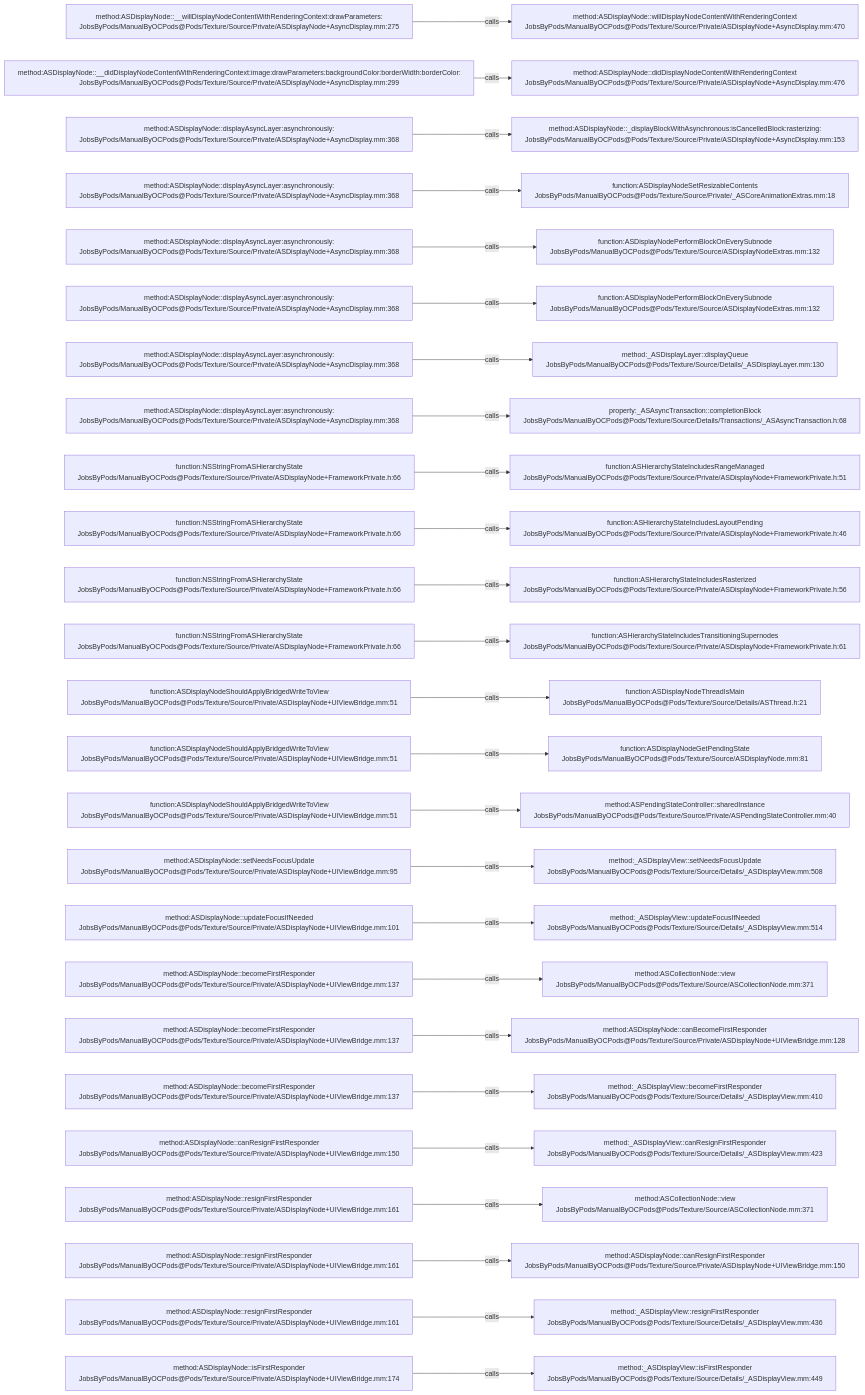
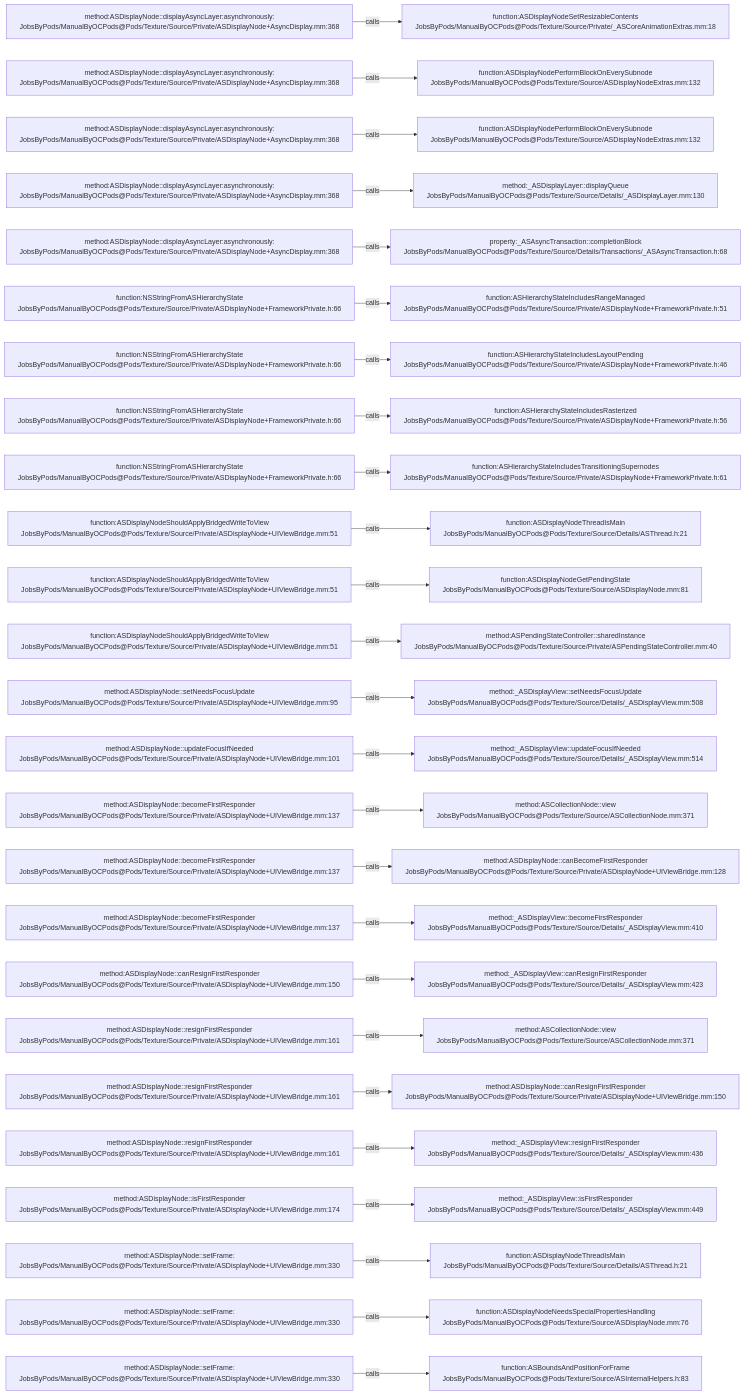
Before and after one commit to JobsKits/JobsOCBaseConfigDemo: the diagram in .codegraph/codegraph.md/graphs/calls-189.md, drawn with Mermaid. The commit also changed 342 other files, not shown here.

````diff
--- a/.codegraph/codegraph.md/graphs/calls-189.md
+++ b/.codegraph/codegraph.md/graphs/calls-189.md
@@ -13,78 +13,78 @@
 ```mermaid
 flowchart LR
-  S1["method:ASDisplayNode::__willDisplayNodeContentWithRenderingContext:drawParameters:<br/>JobsByPods/ManualByOCPods@Pods/Texture/Source/Private/ASDisplayNode+AsyncDisplay.mm:275"]
-  T1["method:ASDisplayNode::willDisplayNodeContentWithRenderingContext<br/>JobsByPods/ManualByOCPods@Pods/Texture/Source/Private/ASDisplayNode+AsyncDisplay.mm:470"]
+  S1["method:ASDisplayNode::displayAsyncLayer:asynchronously:<br/>JobsByPods/ManualByOCPods@Pods/Texture/Source/Private/ASDisplayNode+AsyncDisplay.mm:368"]
+  T1["function:ASDisplayNodeSetResizableContents<br/>JobsByPods/ManualByOCPods@Pods/Texture/Source/Private/_ASCoreAnimationExtras.mm:18"]
   S1 -->|calls| T1
-  S2["method:ASDisplayNode::__didDisplayNodeContentWithRenderingContext:image:drawParameters:backgroundColor:borderWidth:borderColor:<br/>JobsByPods/ManualByOCPods@Pods/Texture/Source/Private/ASDisplayNode+AsyncDisplay.mm:299"]
-  T2["method:ASDisplayNode::didDisplayNodeContentWithRenderingContext<br/>JobsByPods/ManualByOCPods@Pods/Texture/Source/Private/ASDisplayNode+AsyncDisplay.mm:476"]
+  S2["method:ASDisplayNode::displayAsyncLayer:asynchronously:<br/>JobsByPods/ManualByOCPods@Pods/Texture/Source/Private/ASDisplayNode+AsyncDisplay.mm:368"]
+  T2["function:ASDisplayNodePerformBlockOnEverySubnode<br/>JobsByPods/ManualByOCPods@Pods/Texture/Source/ASDisplayNodeExtras.mm:132"]
   S2 -->|calls| T2
   S3["method:ASDisplayNode::displayAsyncLayer:asynchronously:<br/>JobsByPods/ManualByOCPods@Pods/Texture/Source/Private/ASDisplayNode+AsyncDisplay.mm:368"]
-  T3["method:ASDisplayNode::_displayBlockWithAsynchronous:isCancelledBlock:rasterizing:<br/>JobsByPods/ManualByOCPods@Pods/Texture/Source/Private/ASDisplayNode+AsyncDisplay.mm:153"]
+  T3["function:ASDisplayNodePerformBlockOnEverySubnode<br/>JobsByPods/ManualByOCPods@Pods/Texture/Source/ASDisplayNodeExtras.mm:132"]
   S3 -->|calls| T3
   S4["method:ASDisplayNode::displayAsyncLayer:asynchronously:<br/>JobsByPods/ManualByOCPods@Pods/Texture/Source/Private/ASDisplayNode+AsyncDisplay.mm:368"]
-  T4["function:ASDisplayNodeSetResizableContents<br/>JobsByPods/ManualByOCPods@Pods/Texture/Source/Private/_ASCoreAnimationExtras.mm:18"]
+  T4["method:_ASDisplayLayer::displayQueue<br/>JobsByPods/ManualByOCPods@Pods/Texture/Source/Details/_ASDisplayLayer.mm:130"]
   S4 -->|calls| T4
   S5["method:ASDisplayNode::displayAsyncLayer:asynchronously:<br/>JobsByPods/ManualByOCPods@Pods/Texture/Source/Private/ASDisplayNode+AsyncDisplay.mm:368"]
-  T5["function:ASDisplayNodePerformBlockOnEverySubnode<br/>JobsByPods/ManualByOCPods@Pods/Texture/Source/ASDisplayNodeExtras.mm:132"]
+  T5["property:_ASAsyncTransaction::completionBlock<br/>JobsByPods/ManualByOCPods@Pods/Texture/Source/Details/Transactions/_ASAsyncTransaction.h:68"]
   S5 -->|calls| T5
-  S6["method:ASDisplayNode::displayAsyncLayer:asynchronously:<br/>JobsByPods/ManualByOCPods@Pods/Texture/Source/Private/ASDisplayNode+AsyncDisplay.mm:368"]
-  T6["function:ASDisplayNodePerformBlockOnEverySubnode<br/>JobsByPods/ManualByOCPods@Pods/Texture/Source/ASDisplayNodeExtras.mm:132"]
+  S6["function:NSStringFromASHierarchyState<br/>JobsByPods/ManualByOCPods@Pods/Texture/Source/Private/ASDisplayNode+FrameworkPrivate.h:66"]
+  T6["function:ASHierarchyStateIncludesRangeManaged<br/>JobsByPods/ManualByOCPods@Pods/Texture/Source/Private/ASDisplayNode+FrameworkPrivate.h:51"]
   S6 -->|calls| T6
-  S7["method:ASDisplayNode::displayAsyncLayer:asynchronously:<br/>JobsByPods/ManualByOCPods@Pods/Texture/Source/Private/ASDisplayNode+AsyncDisplay.mm:368"]
-  T7["method:_ASDisplayLayer::displayQueue<br/>JobsByPods/ManualByOCPods@Pods/Texture/Source/Details/_ASDisplayLayer.mm:130"]
+  S7["function:NSStringFromASHierarchyState<br/>JobsByPods/ManualByOCPods@Pods/Texture/Source/Private/ASDisplayNode+FrameworkPrivate.h:66"]
+  T7["function:ASHierarchyStateIncludesLayoutPending<br/>JobsByPods/ManualByOCPods@Pods/Texture/Source/Private/ASDisplayNode+FrameworkPrivate.h:46"]
   S7 -->|calls| T7
-  S8["method:ASDisplayNode::displayAsyncLayer:asynchronously:<br/>JobsByPods/ManualByOCPods@Pods/Texture/Source/Private/ASDisplayNode+AsyncDisplay.mm:368"]
-  T8["property:_ASAsyncTransaction::completionBlock<br/>JobsByPods/ManualByOCPods@Pods/Texture/Source/Details/Transactions/_ASAsyncTransaction.h:68"]
+  S8["function:NSStringFromASHierarchyState<br/>JobsByPods/ManualByOCPods@Pods/Texture/Source/Private/ASDisplayNode+FrameworkPrivate.h:66"]
+  T8["function:ASHierarchyStateIncludesRasterized<br/>JobsByPods/ManualByOCPods@Pods/Texture/Source/Private/ASDisplayNode+FrameworkPrivate.h:56"]
   S8 -->|calls| T8
   S9["function:NSStringFromASHierarchyState<br/>JobsByPods/ManualByOCPods@Pods/Texture/Source/Private/ASDisplayNode+FrameworkPrivate.h:66"]
-  T9["function:ASHierarchyStateIncludesRangeManaged<br/>JobsByPods/ManualByOCPods@Pods/Texture/Source/Private/ASDisplayNode+FrameworkPrivate.h:51"]
+  T9["function:ASHierarchyStateIncludesTransitioningSupernodes<br/>JobsByPods/ManualByOCPods@Pods/Texture/Source/Private/ASDisplayNode+FrameworkPrivate.h:61"]
   S9 -->|calls| T9
-  S10["function:NSStringFromASHierarchyState<br/>JobsByPods/ManualByOCPods@Pods/Texture/Source/Private/ASDisplayNode+FrameworkPrivate.h:66"]
-  T10["function:ASHierarchyStateIncludesLayoutPending<br/>JobsByPods/ManualByOCPods@Pods/Texture/Source/Private/ASDisplayNode+FrameworkPrivate.h:46"]
+  S10["function:ASDisplayNodeShouldApplyBridgedWriteToView<br/>JobsByPods/ManualByOCPods@Pods/Texture/Source/Private/ASDisplayNode+UIViewBridge.mm:51"]
+  T10["function:ASDisplayNodeThreadIsMain<br/>JobsByPods/ManualByOCPods@Pods/Texture/Source/Details/ASThread.h:21"]
   S10 -->|calls| T10
-  S11["function:NSStringFromASHierarchyState<br/>JobsByPods/ManualByOCPods@Pods/Texture/Source/Private/ASDisplayNode+FrameworkPrivate.h:66"]
-  T11["function:ASHierarchyStateIncludesRasterized<br/>JobsByPods/ManualByOCPods@Pods/Texture/Source/Private/ASDisplayNode+FrameworkPrivate.h:56"]
+  S11["function:ASDisplayNodeShouldApplyBridgedWriteToView<br/>JobsByPods/ManualByOCPods@Pods/Texture/Source/Private/ASDisplayNode+UIViewBridge.mm:51"]
+  T11["function:ASDisplayNodeGetPendingState<br/>JobsByPods/ManualByOCPods@Pods/Texture/Source/ASDisplayNode.mm:81"]
   S11 -->|calls| T11
-  S12["function:NSStringFromASHierarchyState<br/>JobsByPods/ManualByOCPods@Pods/Texture/Source/Private/ASDisplayNode+FrameworkPrivate.h:66"]
-  T12["function:ASHierarchyStateIncludesTransitioningSupernodes<br/>JobsByPods/ManualByOCPods@Pods/Texture/Source/Private/ASDisplayNode+FrameworkPrivate.h:61"]
+  S12["function:ASDisplayNodeShouldApplyBridgedWriteToView<br/>JobsByPods/ManualByOCPods@Pods/Texture/Source/Private/ASDisplayNode+UIViewBridge.mm:51"]
+  T12["method:ASPendingStateController::sharedInstance<br/>JobsByPods/ManualByOCPods@Pods/Texture/Source/Private/ASPendingStateController.mm:40"]
   S12 -->|calls| T12
-  S13["function:ASDisplayNodeShouldApplyBridgedWriteToView<br/>JobsByPods/ManualByOCPods@Pods/Texture/Source/Private/ASDisplayNode+UIViewBridge.mm:51"]
-  T13["function:ASDisplayNodeThreadIsMain<br/>JobsByPods/ManualByOCPods@Pods/Texture/Source/Details/ASThread.h:21"]
+  S13["method:ASDisplayNode::setNeedsFocusUpdate<br/>JobsByPods/ManualByOCPods@Pods/Texture/Source/Private/ASDisplayNode+UIViewBridge.mm:95"]
+  T13["method:_ASDisplayView::setNeedsFocusUpdate<br/>JobsByPods/ManualByOCPods@Pods/Texture/Source/Details/_ASDisplayView.mm:508"]
   S13 -->|calls| T13
-  S14["function:ASDisplayNodeShouldApplyBridgedWriteToView<br/>JobsByPods/ManualByOCPods@Pods/Texture/Source/Private/ASDisplayNode+UIViewBridge.mm:51"]
-  T14["function:ASDisplayNodeGetPendingState<br/>JobsByPods/ManualByOCPods@Pods/Texture/Source/ASDisplayNode.mm:81"]
+  S14["method:ASDisplayNode::updateFocusIfNeeded<br/>JobsByPods/ManualByOCPods@Pods/Texture/Source/Private/ASDisplayNode+UIViewBridge.mm:101"]
+  T14["method:_ASDisplayView::updateFocusIfNeeded<br/>JobsByPods/ManualByOCPods@Pods/Texture/Source/Details/_ASDisplayView.mm:514"]
   S14 -->|calls| T14
-  S15["function:ASDisplayNodeShouldApplyBridgedWriteToView<br/>JobsByPods/ManualByOCPods@Pods/Texture/Source/Private/ASDisplayNode+UIViewBridge.mm:51"]
-  T15["method:ASPendingStateController::sharedInstance<br/>JobsByPods/ManualByOCPods@Pods/Texture/Source/Private/ASPendingStateController.mm:40"]
+  S15["method:ASDisplayNode::becomeFirstResponder<br/>JobsByPods/ManualByOCPods@Pods/Texture/Source/Private/ASDisplayNode+UIViewBridge.mm:137"]
+  T15["method:ASCollectionNode::view<br/>JobsByPods/ManualByOCPods@Pods/Texture/Source/ASCollectionNode.mm:371"]
   S15 -->|calls| T15
-  S16["method:ASDisplayNode::setNeedsFocusUpdate<br/>JobsByPods/ManualByOCPods@Pods/Texture/Source/Private/ASDisplayNode+UIViewBridge.mm:95"]
-  T16["method:_ASDisplayView::setNeedsFocusUpdate<br/>JobsByPods/ManualByOCPods@Pods/Texture/Source/Details/_ASDisplayView.mm:508"]
+  S16["method:ASDisplayNode::becomeFirstResponder<br/>JobsByPods/ManualByOCPods@Pods/Texture/Source/Private/ASDisplayNode+UIViewBridge.mm:137"]
+  T16["method:ASDisplayNode::canBecomeFirstResponder<br/>JobsByPods/ManualByOCPods@Pods/Texture/Source/Private/ASDisplayNode+UIViewBridge.mm:128"]
   S16 -->|calls| T16
-  S17["method:ASDisplayNode::updateFocusIfNeeded<br/>JobsByPods/ManualByOCPods@Pods/Texture/Source/Private/ASDisplayNode+UIViewBridge.mm:101"]
-  T17["method:_ASDisplayView::updateFocusIfNeeded<br/>JobsByPods/ManualByOCPods@Pods/Texture/Source/Details/_ASDisplayView.mm:514"]
+  S17["method:ASDisplayNode::becomeFirstResponder<br/>JobsByPods/ManualByOCPods@Pods/Texture/Source/Private/ASDisplayNode+UIViewBridge.mm:137"]
+  T17["method:_ASDisplayView::becomeFirstResponder<br/>JobsByPods/ManualByOCPods@Pods/Texture/Source/Details/_ASDisplayView.mm:410"]
   S17 -->|calls| T17
-  S18["method:ASDisplayNode::becomeFirstResponder<br/>JobsByPods/ManualByOCPods@Pods/Texture/Source/Private/ASDisplayNode+UIViewBridge.mm:137"]
-  T18["method:ASCollectionNode::view<br/>JobsByPods/ManualByOCPods@Pods/Texture/Source/ASCollectionNode.mm:371"]
+  S18["method:ASDisplayNode::canResignFirstResponder<br/>JobsByPods/ManualByOCPods@Pods/Texture/Source/Private/ASDisplayNode+UIViewBridge.mm:150"]
+  T18["method:_ASDisplayView::canResignFirstResponder<br/>JobsByPods/ManualByOCPods@Pods/Texture/Source/Details/_ASDisplayView.mm:423"]
   S18 -->|calls| T18
-  S19["method:ASDisplayNode::becomeFirstResponder<br/>JobsByPods/ManualByOCPods@Pods/Texture/Source/Private/ASDisplayNode+UIViewBridge.mm:137"]
-  T19["method:ASDisplayNode::canBecomeFirstResponder<br/>JobsByPods/ManualByOCPods@Pods/Texture/Source/Private/ASDisplayNode+UIViewBridge.mm:128"]
+  S19["method:ASDisplayNode::resignFirstResponder<br/>JobsByPods/ManualByOCPods@Pods/Texture/Source/Private/ASDisplayNode+UIViewBridge.mm:161"]
+  T19["method:ASCollectionNode::view<br/>JobsByPods/ManualByOCPods@Pods/Texture/Source/ASCollectionNode.mm:371"]
   S19 -->|calls| T19
-  S20["method:ASDisplayNode::becomeFirstResponder<br/>JobsByPods/ManualByOCPods@Pods/Texture/Source/Private/ASDisplayNode+UIViewBridge.mm:137"]
-  T20["method:_ASDisplayView::becomeFirstResponder<br/>JobsByPods/ManualByOCPods@Pods/Texture/Source/Details/_ASDisplayView.mm:410"]
+  S20["method:ASDisplayNode::resignFirstResponder<br/>JobsByPods/ManualByOCPods@Pods/Texture/Source/Private/ASDisplayNode+UIViewBridge.mm:161"]
+  T20["method:ASDisplayNode::canResignFirstResponder<br/>JobsByPods/ManualByOCPods@Pods/Texture/Source/Private/ASDisplayNode+UIViewBridge.mm:150"]
   S20 -->|calls| T20
-  S21["method:ASDisplayNode::canResignFirstResponder<br/>JobsByPods/ManualByOCPods@Pods/Texture/Source/Private/ASDisplayNode+UIViewBridge.mm:150"]
-  T21["method:_ASDisplayView::canResignFirstResponder<br/>JobsByPods/ManualByOCPods@Pods/Texture/Source/Details/_ASDisplayView.mm:423"]
+  S21["method:ASDisplayNode::resignFirstResponder<br/>JobsByPods/ManualByOCPods@Pods/Texture/Source/Private/ASDisplayNode+UIViewBridge.mm:161"]
+  T21["method:_ASDisplayView::resignFirstResponder<br/>JobsByPods/ManualByOCPods@Pods/Texture/Source/Details/_ASDisplayView.mm:436"]
   S21 -->|calls| T21
-  S22["method:ASDisplayNode::resignFirstResponder<br/>JobsByPods/ManualByOCPods@Pods/Texture/Source/Private/ASDisplayNode+UIViewBridge.mm:161"]
-  T22["method:ASCollectionNode::view<br/>JobsByPods/ManualByOCPods@Pods/Texture/Source/ASCollectionNode.mm:371"]
+  S22["method:ASDisplayNode::isFirstResponder<br/>JobsByPods/ManualByOCPods@Pods/Texture/Source/Private/ASDisplayNode+UIViewBridge.mm:174"]
+  T22["method:_ASDisplayView::isFirstResponder<br/>JobsByPods/ManualByOCPods@Pods/Texture/Source/Details/_ASDisplayView.mm:449"]
   S22 -->|calls| T22
-  S23["method:ASDisplayNode::resignFirstResponder<br/>JobsByPods/ManualByOCPods@Pods/Texture/Source/Private/ASDisplayNode+UIViewBridge.mm:161"]
-  T23["method:ASDisplayNode::canResignFirstResponder<br/>JobsByPods/ManualByOCPods@Pods/Texture/Source/Private/ASDisplayNode+UIViewBridge.mm:150"]
+  S23["method:ASDisplayNode::setFrame:<br/>JobsByPods/ManualByOCPods@Pods/Texture/Source/Private/ASDisplayNode+UIViewBridge.mm:330"]
+  T23["function:ASDisplayNodeThreadIsMain<br/>JobsByPods/ManualByOCPods@Pods/Texture/Source/Details/ASThread.h:21"]
   S23 -->|calls| T23
-  S24["method:ASDisplayNode::resignFirstResponder<br/>JobsByPods/ManualByOCPods@Pods/Texture/Source/Private/ASDisplayNode+UIViewBridge.mm:161"]
-  T24["method:_ASDisplayView::resignFirstResponder<br/>JobsByPods/ManualByOCPods@Pods/Texture/Source/Details/_ASDisplayView.mm:436"]
+  S24["method:ASDisplayNode::setFrame:<br/>JobsByPods/ManualByOCPods@Pods/Texture/Source/Private/ASDisplayNode+UIViewBridge.mm:330"]
+  T24["function:ASDisplayNodeNeedsSpecialPropertiesHandling<br/>JobsByPods/ManualByOCPods@Pods/Texture/Source/ASDisplayNode.mm:76"]
   S24 -->|calls| T24
-  S25["method:ASDisplayNode::isFirstResponder<br/>JobsByPods/ManualByOCPods@Pods/Texture/Source/Private/ASDisplayNode+UIViewBridge.mm:174"]
-  T25["method:_ASDisplayView::isFirstResponder<br/>JobsByPods/ManualByOCPods@Pods/Texture/Source/Details/_ASDisplayView.mm:449"]
+  S25["method:ASDisplayNode::setFrame:<br/>JobsByPods/ManualByOCPods@Pods/Texture/Source/Private/ASDisplayNode+UIViewBridge.mm:330"]
+  T25["function:ASBoundsAndPositionForFrame<br/>JobsByPods/ManualByOCPods@Pods/Texture/Source/ASInternalHelpers.h:83"]
   S25 -->|calls| T25
 ```
````
